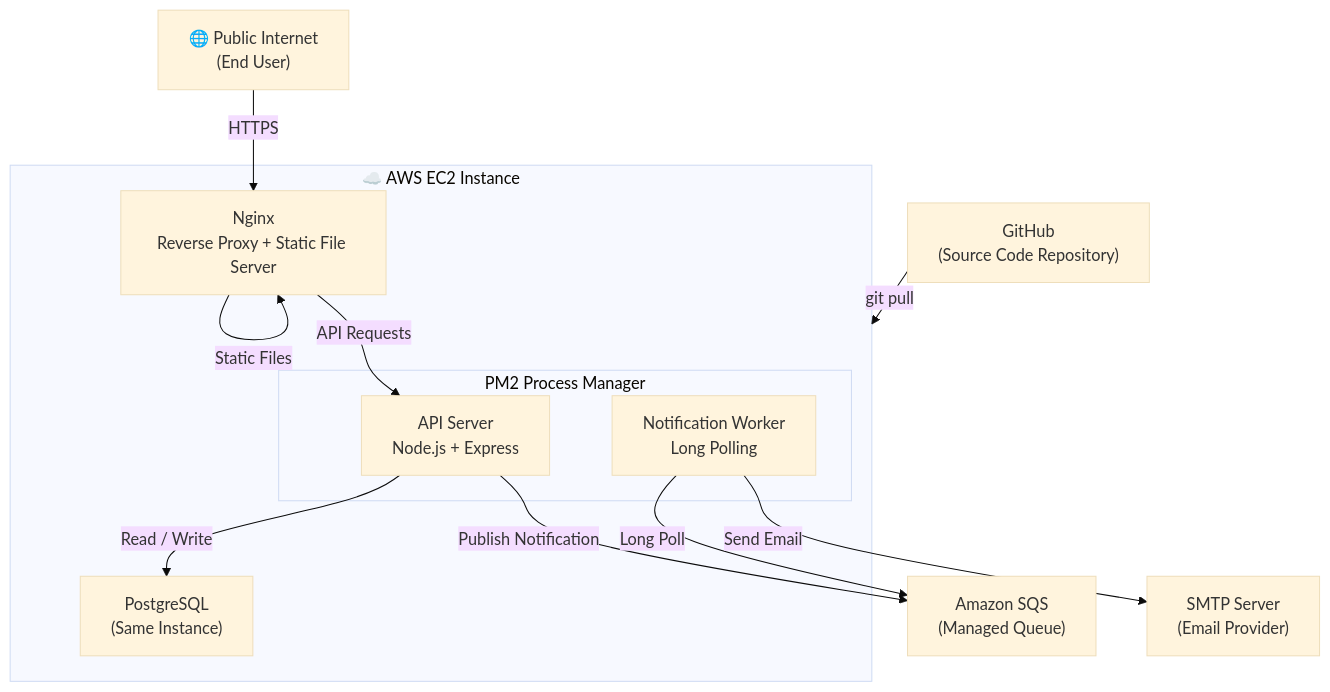
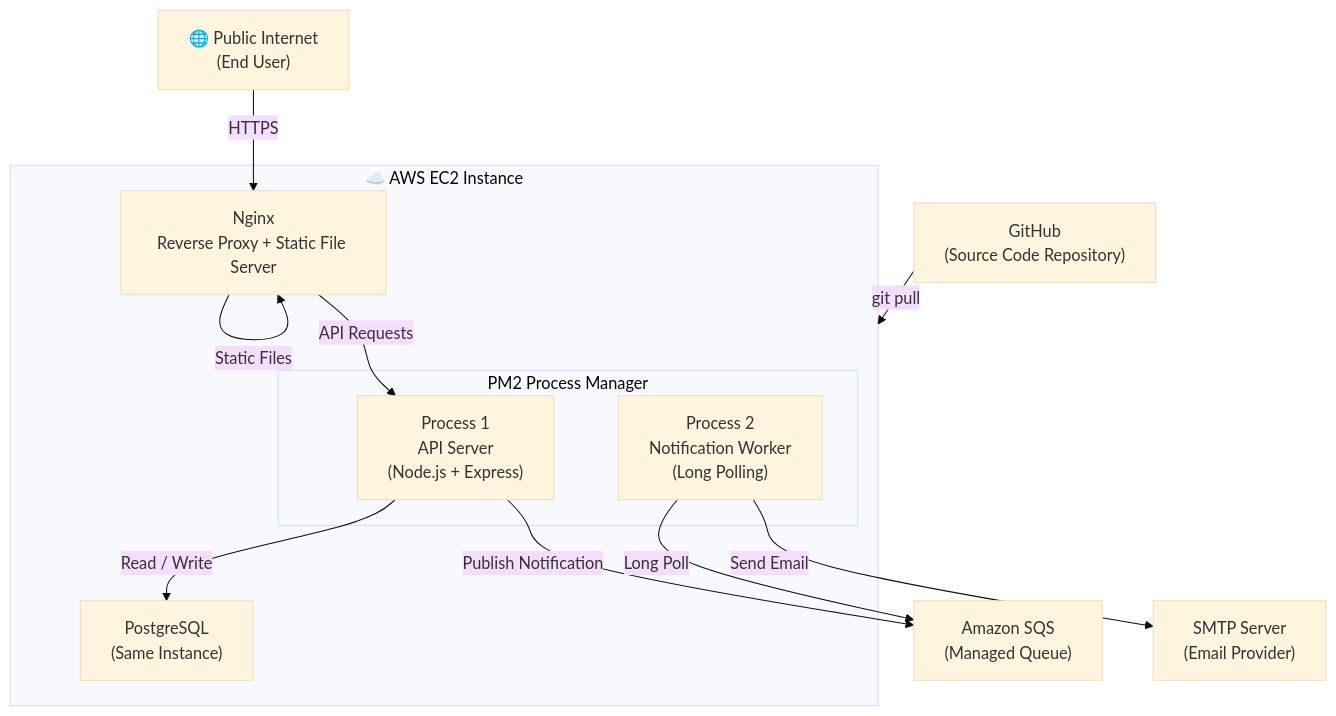
Before and after one commit to AmbyHasan/HMS: the third of 10 diagrams in docs/01-Architecure-Design.md, drawn with Mermaid (base theme). The commit also changed other lines of this file, not shown here.

Commit message:
Fix architecture doc

````diff
--- a/docs/01-Architecure-Design.md
+++ b/docs/01-Architecure-Design.md
@@ -157,32 +163,35 @@
 ```mermaid
 graph TD
     Internet["🌐 Public Internet<br/>(End User)"]
 
     subgraph EC2["☁️ AWS EC2 Instance"]
 
         Nginx["Nginx<br/>Reverse Proxy + Static File Server"]
 
         subgraph PM2["PM2 Process Manager"]
-            API["API Server<br/>Node.js + Express"]
-            Worker["Notification Worker<br/>Long Polling"]
+
+            P1["Process 1<br/>API Server<br/>(Node.js + Express)"]
+
+            P2["Process 2<br/>Notification Worker<br/>(Long Polling)"]
+
         end
 
         PG["PostgreSQL<br/>(Same Instance)"]
     end
 
     SQS["Amazon SQS<br/>(Managed Queue)"]
     SMTP["SMTP Server<br/>(Email Provider)"]
     GH["GitHub<br/>(Source Code Repository)"]
 
     Internet -->|HTTPS| Nginx
-    Nginx -->|API Requests| API
+    Nginx -->|API Requests| P1
     Nginx -->|Static Files| Nginx
 
-    API -->|Read / Write| PG
-    API -->|Publish Notification| SQS
+    P1 -->|Read / Write| PG
+    P1 -->|Publish Notification| SQS
 
-    Worker -->|Long Poll| SQS
-    Worker -->|Send Email| SMTP
+    P2 -->|Long Poll| SQS
+    P2 -->|Send Email| SMTP
 
     GH -->|git pull| EC2
 ```
````
